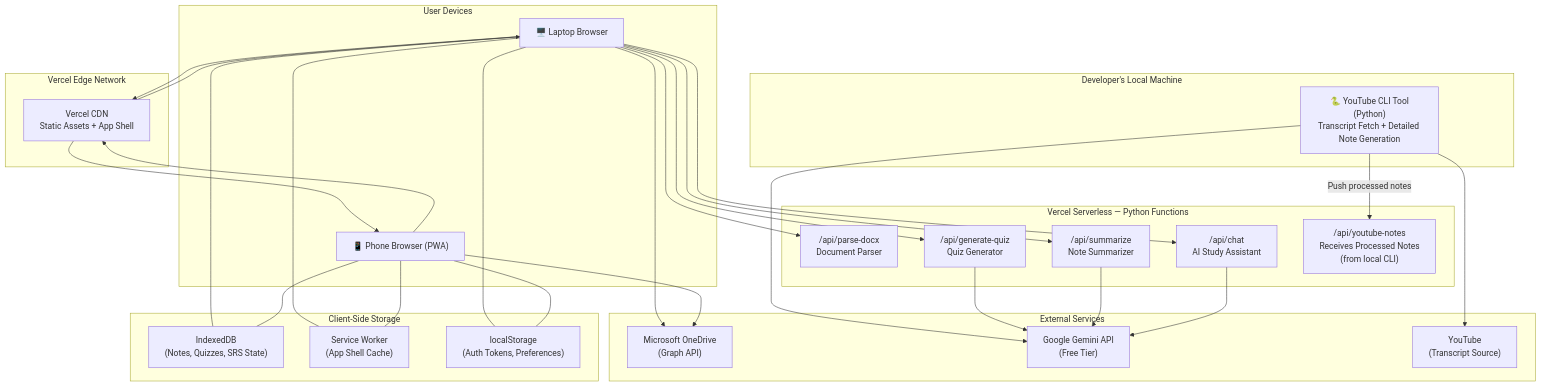
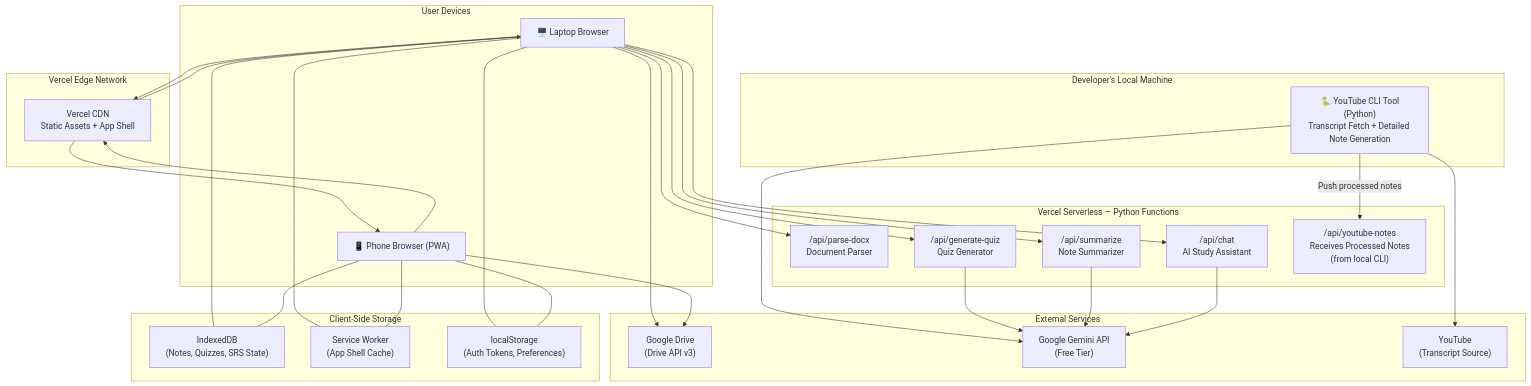
Before and after one commit to Strider221B/synapse-sync: the first of 8 diagrams in documentation/design/high_level/02_system_architecture.md, drawn with Mermaid. The commit also changed other lines of this file and 5 other files, not shown here.

````diff
--- a/documentation/design/high_level/02_system_architecture.md
+++ b/documentation/design/high_level/02_system_architecture.md
@@ -13,63 +13,63 @@
 ```mermaid
 graph TB
     subgraph "User Devices"
         LAPTOP["🖥️ Laptop Browser"]
         PHONE["📱 Phone Browser (PWA)"]
     end
 
     subgraph "Developer's Local Machine"
         CLI["🐍 YouTube CLI Tool<br/>(Python)<br/>Transcript Fetch + Detailed Note Generation"]
     end
 
     subgraph "Vercel Edge Network"
         CDN["Vercel CDN<br/>Static Assets + App Shell"]
     end
 
     subgraph "Vercel Serverless — Python Functions"
         FN_PARSE["/api/parse-docx<br/>Document Parser"]
         FN_QUIZ["/api/generate-quiz<br/>Quiz Generator"]
         FN_SUMMARIZE["/api/summarize<br/>Note Summarizer"]
         FN_CHAT["/api/chat<br/>AI Study Assistant"]
         FN_YT_NOTES["/api/youtube-notes<br/>Receives Processed Notes<br/>(from local CLI)"]
     end
 
     subgraph "External Services"
-        ONEDRIVE["Microsoft OneDrive<br/>(Graph API)"]
+        GDRIVE["Google Drive<br/>(Drive API v3)"]
         GEMINI["Google Gemini API<br/>(Free Tier)"]
         YOUTUBE["YouTube<br/>(Transcript Source)"]
     end
 
     subgraph "Client-Side Storage"
         IDB["IndexedDB<br/>(Notes, Quizzes, SRS State)"]
         SW["Service Worker<br/>(App Shell Cache)"]
         LS["localStorage<br/>(Auth Tokens, Preferences)"]
     end
 
     LAPTOP --> CDN
     PHONE --> CDN
     CDN --> LAPTOP
     CDN --> PHONE
 
     LAPTOP --> FN_PARSE
     LAPTOP --> FN_QUIZ
     LAPTOP --> FN_SUMMARIZE
     LAPTOP --> FN_CHAT
 
     CLI --> YOUTUBE
     CLI --> GEMINI
     CLI -->|"Push processed notes"| FN_YT_NOTES
 
     FN_QUIZ --> GEMINI
     FN_SUMMARIZE --> GEMINI
     FN_CHAT --> GEMINI
 
-    LAPTOP --> ONEDRIVE
-    PHONE --> ONEDRIVE
+    LAPTOP --> GDRIVE
+    PHONE --> GDRIVE
 
     LAPTOP --- IDB
     LAPTOP --- SW
     LAPTOP --- LS
     PHONE --- IDB
     PHONE --- SW
     PHONE --- LS
 ```
````
